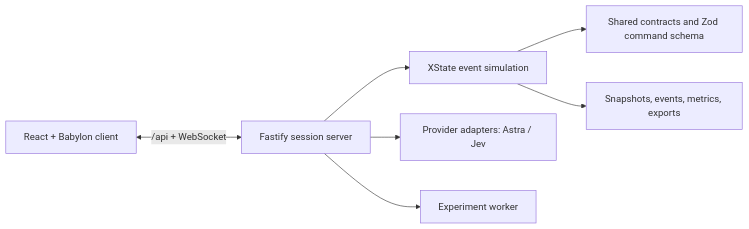
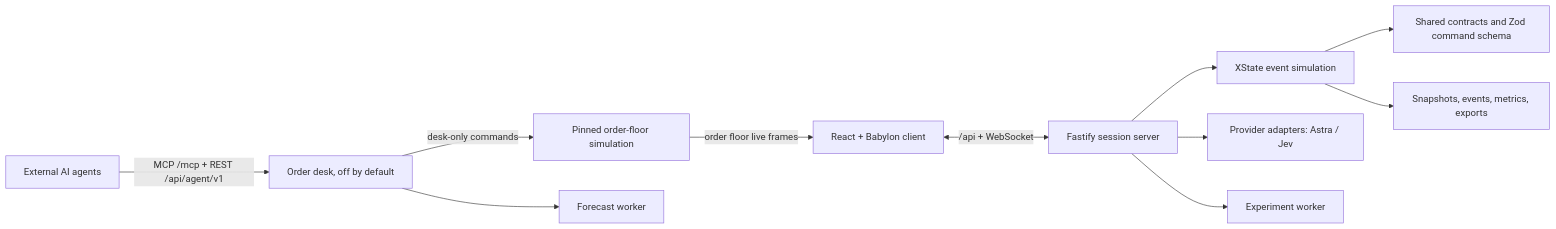
The diagram in docs/architecture.md (fszale/dark-factory), drawn with Mermaid before and after one commit. The commit also changed other lines of this file and 10 other files, not shown here.

Commit message:
DF-ORDER-001 task 19: docs (architecture, simulation, configuration, test strategy, Replit, README status), spec status and corrections, env example, desk off in .replit

````diff
--- a/docs/architecture.md
+++ b/docs/architecture.md
@@ -7,9 +7,13 @@
 ```mermaid
 flowchart LR
   W[React + Babylon client] <-- /api + WebSocket --> S[Fastify session server]
   S --> M[XState event simulation]
   M --> C[Shared contracts and Zod command schema]
   S --> P[Provider adapters: Astra / Jev]
   M --> E[Snapshots, events, metrics, exports]
   S --> X[Experiment worker]
+  A[External AI agents] -- MCP /mcp + REST /api/agent/v1 --> D[Order desk, off by default]
+  D -- desk-only commands --> F[Pinned order-floor simulation]
+  D --> Q[Forecast worker]
+  F -- order floor live frames --> W
 ```
````
